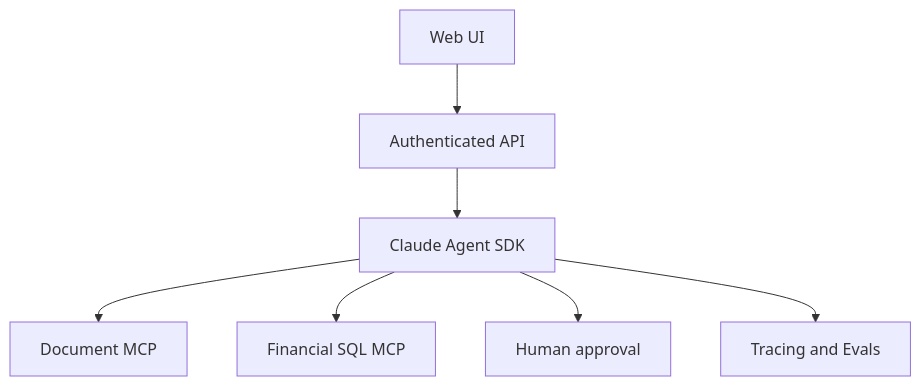
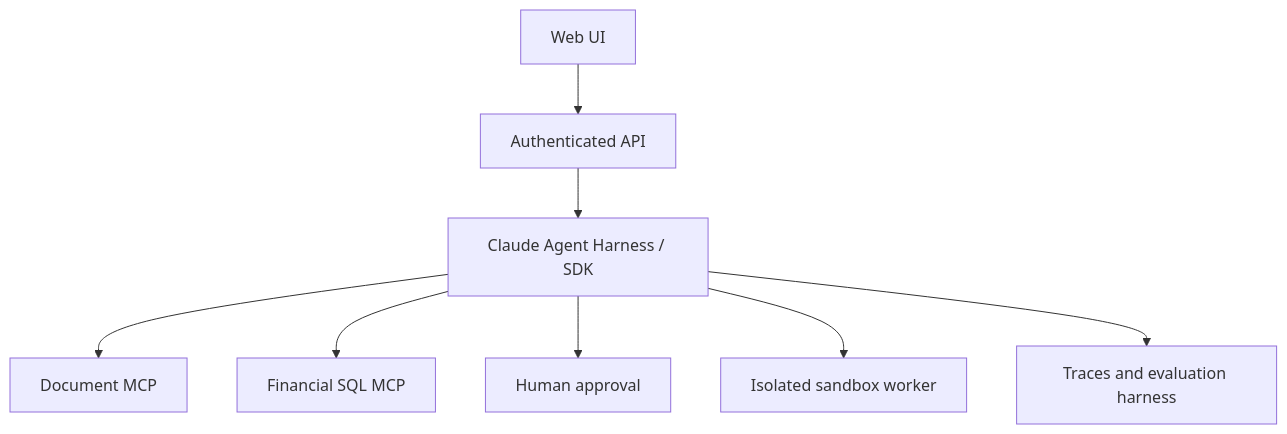
The diagram in docs/capstone.md (tim5633/claude-agent-engineering-30-day-bootcamp), drawn with Mermaid before and after one commit. The commit also changed other lines of this file, not shown here.

Commit message:
docs: fold harness and sandbox into capstone milestones

````diff
--- a/docs/capstone.md
+++ b/docs/capstone.md
@@ -5,9 +5,10 @@
 ```mermaid
 flowchart TD
  U[Web UI] --> API[Authenticated API]
- API --> A[Claude Agent SDK]
+ API --> A[Claude Agent Harness / SDK]
  A --> D[Document MCP]
  A --> S[Financial SQL MCP]
  A --> H[Human approval]
- A --> O[Tracing and Evals]
+ A --> SB[Isolated sandbox worker]
+ A --> O[Traces and evaluation harness]
 ```
````
